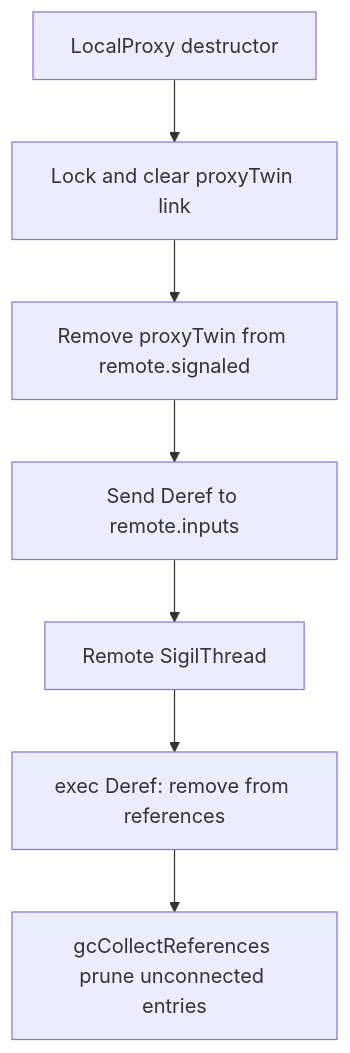
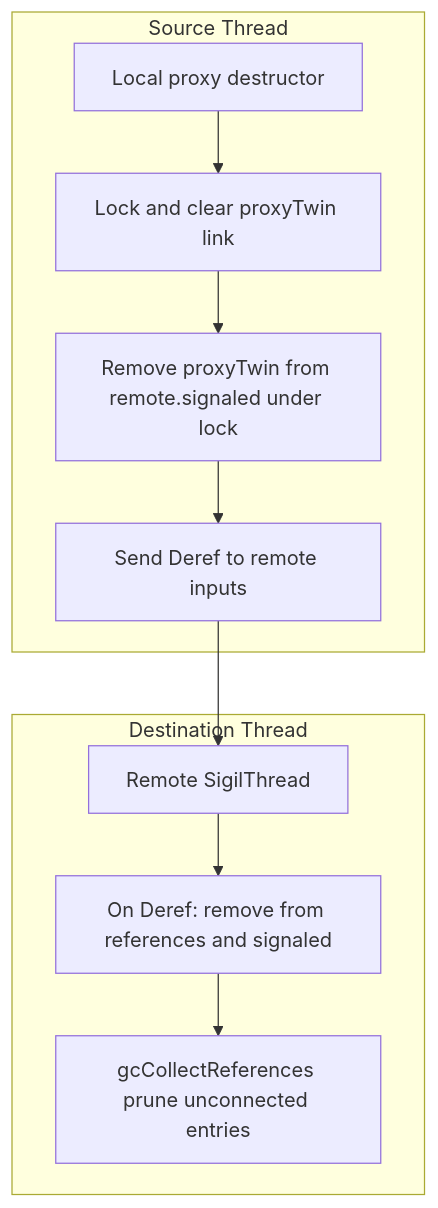
The third of 3 diagrams in docs/threading.md (elcritch/sigils), drawn with Mermaid before and after one commit. The commit also changed other lines of this file, not shown here.

Commit message:
add threading docs

````diff
--- a/docs/threading.md
+++ b/docs/threading.md
@@ -223,16 +223,22 @@
 ```mermaid
 flowchart TD
-  Dtor[LocalProxy destructor];
-  TwinLock[Lock and clear proxyTwin link];
-  Unsig[Remove proxyTwin from remote.signaled];
-  SendDeref[Send Deref to remote.inputs];
-  RT2[Remote SigilThread];
-  ExecDeref[exec Deref: remove from references];
-  GC[gcCollectReferences prune unconnected entries];
-  Dtor --> TwinLock;
-  TwinLock --> Unsig;
-  Unsig --> SendDeref;
+  subgraph ST[Source Thread]
+    Dtor[Local proxy destructor];
+    TwinLock[Lock and clear proxyTwin link];
+    Unsig[Remove proxyTwin from remote.signaled under lock];
+    SendDeref[Send Deref to remote inputs];
+    Dtor --> TwinLock;
+    TwinLock --> Unsig;
+    Unsig --> SendDeref;
+  end
+
+  subgraph DT[Destination Thread]
+    RT2[Remote SigilThread];
+    ExecDeref[On Deref: remove from references and signaled];
+    GC[gcCollectReferences prune unconnected entries];
+  end
+
   SendDeref --> RT2;
   RT2 --> ExecDeref;
   ExecDeref --> GC;
 ```
````
